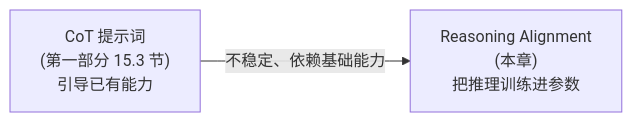
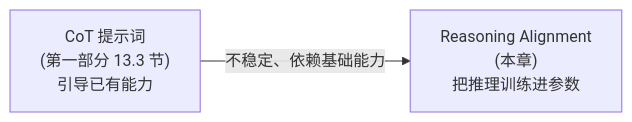
One commit to AI-learning-simple/Build-Your-Own-LLM changed the first of 3 diagrams in 2. Alignment 与训练工程/6. Reasoning Alignment——推理能力的训练与对齐.md. Above: the diagram before and after it, drawn with Mermaid. The commit also changed other lines of this file and 32 other files, not shown here.

````diff
--- a/2. Alignment 与训练工程/6. Reasoning Alignment——推理能力的训练与对齐.md
+++ b/2. Alignment 与训练工程/6. Reasoning Alignment——推理能力的训练与对齐.md
@@ -32,4 +32,4 @@
 ```mermaid
 flowchart LR
-    A["CoT 提示词<br/>(第一部分 15.3 节)<br/>引导已有能力"] -->|"不稳定、依赖基础能力"| B["Reasoning Alignment<br/>(本章)<br/>把推理训练进参数"]
+    A["CoT 提示词<br/>(第一部分 13.3 节)<br/>引导已有能力"] -->|"不稳定、依赖基础能力"| B["Reasoning Alignment<br/>(本章)<br/>把推理训练进参数"]
 ```
````
